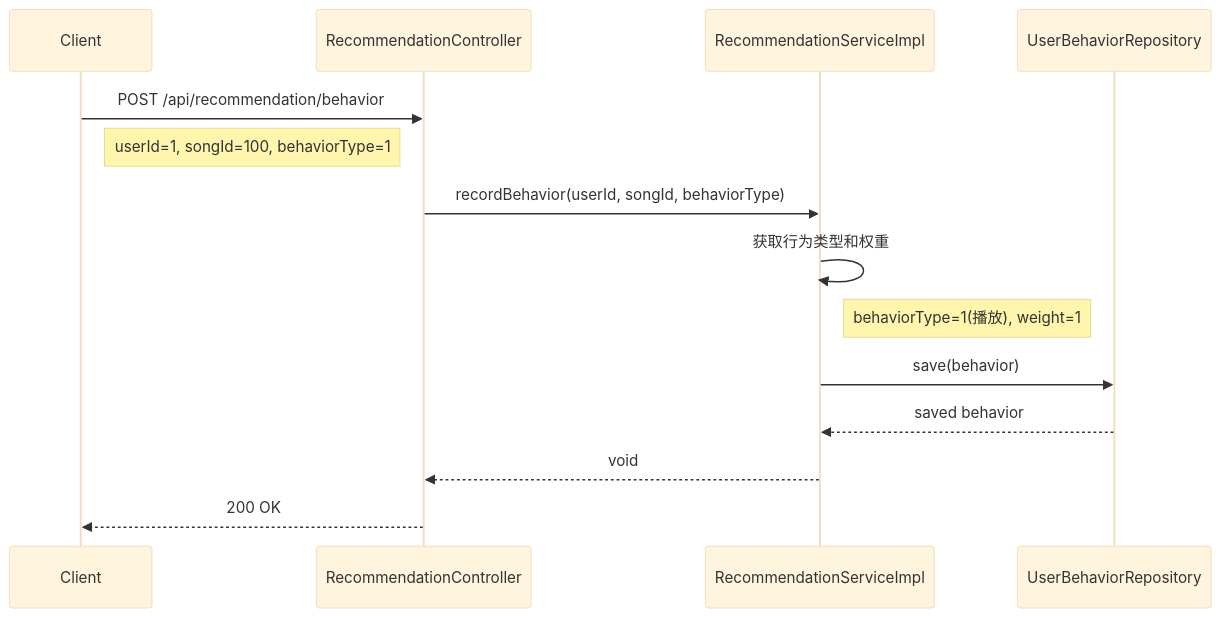
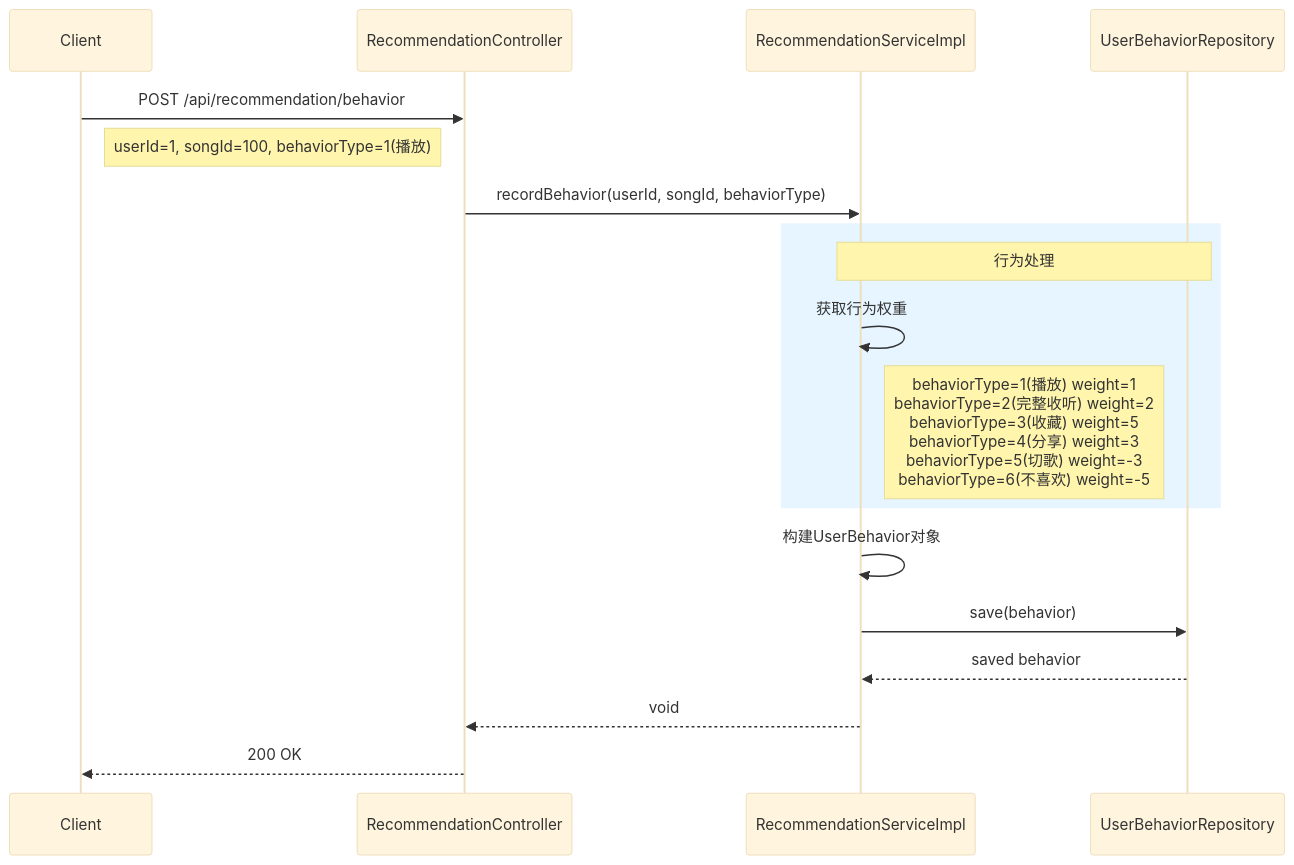
The ninth of 34 diagrams in doc/类图与时序图.md (kewangzhen/fly-music), drawn with Mermaid (base theme) before and after one commit. The commit also changed other lines of this file and 13 other files, not shown here.

First line of the commit message:
feat: 添加Docker部署文件、热门榜单类图时序图细化及ACE-Step服务更新

````diff
--- a/doc/类图与时序图.md
+++ b/doc/类图与时序图.md
@@ -439,17 +481,23 @@
 ```mermaid
 sequenceDiagram
     participant Client
     participant RecommendationController
     participant RecommendationServiceImpl
     participant UserBehaviorRepository
 
     Client->>RecommendationController: POST /api/recommendation/behavior
-    Note right of Client: userId=1, songId=100, behaviorType=1
+    Note right of Client: userId=1, songId=100, behaviorType=1(播放)
     RecommendationController->>RecommendationServiceImpl: recordBehavior(userId, songId, behaviorType)
-    RecommendationServiceImpl->>RecommendationServiceImpl: 获取行为类型和权重
-    Note right of RecommendationServiceImpl: behaviorType=1(播放), weight=1
+    
+    rect rgb(230, 245, 255)
+        Note over RecommendationServiceImpl,UserBehaviorRepository: 行为处理
+        RecommendationServiceImpl->>RecommendationServiceImpl: 获取行为权重
+        Note right of RecommendationServiceImpl: behaviorType=1(播放) weight=1<br/>behaviorType=2(完整收听) weight=2<br/>behaviorType=3(收藏) weight=5<br/>behaviorType=4(分享) weight=3<br/>behaviorType=5(切歌) weight=-3<br/>behaviorType=6(不喜欢) weight=-5
+    end
+    
+    RecommendationServiceImpl->>RecommendationServiceImpl: 构建UserBehavior对象
     RecommendationServiceImpl->>UserBehaviorRepository: save(behavior)
     UserBehaviorRepository-->>RecommendationServiceImpl: saved behavior
     RecommendationServiceImpl-->>RecommendationController: void
     RecommendationController-->>Client: 200 OK
 ```
````
